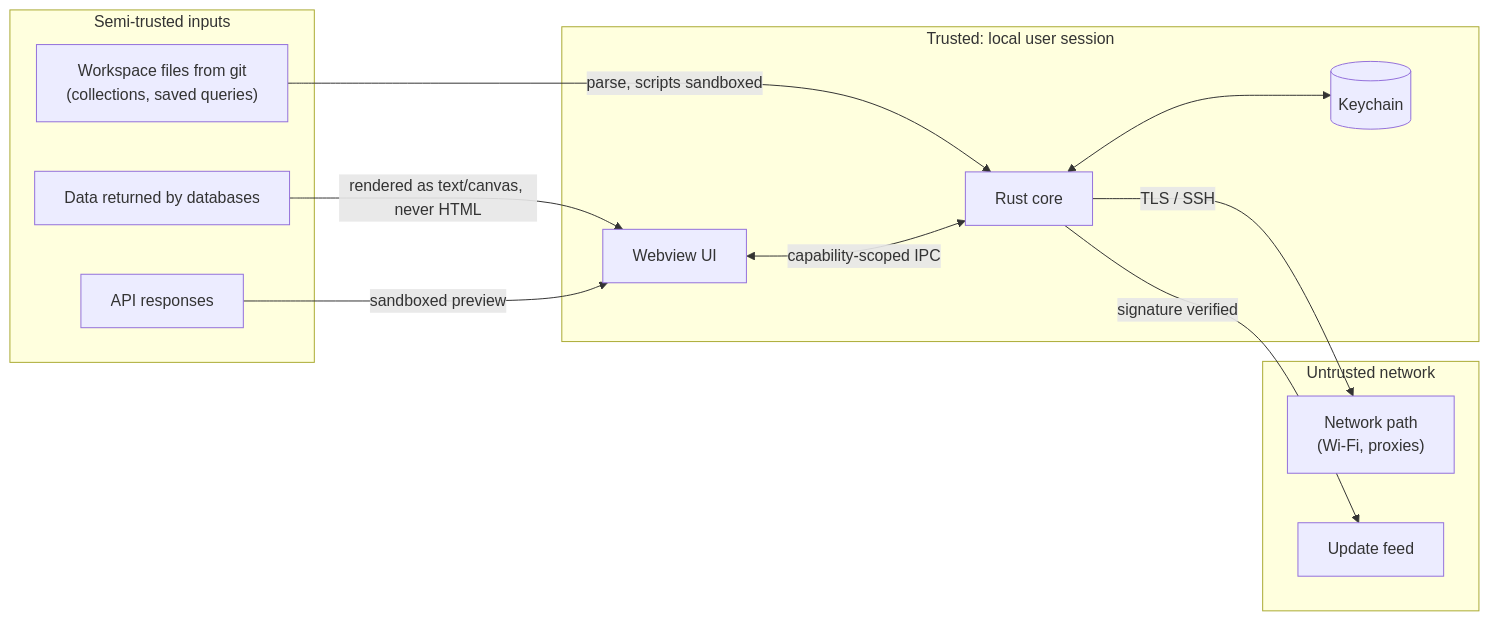
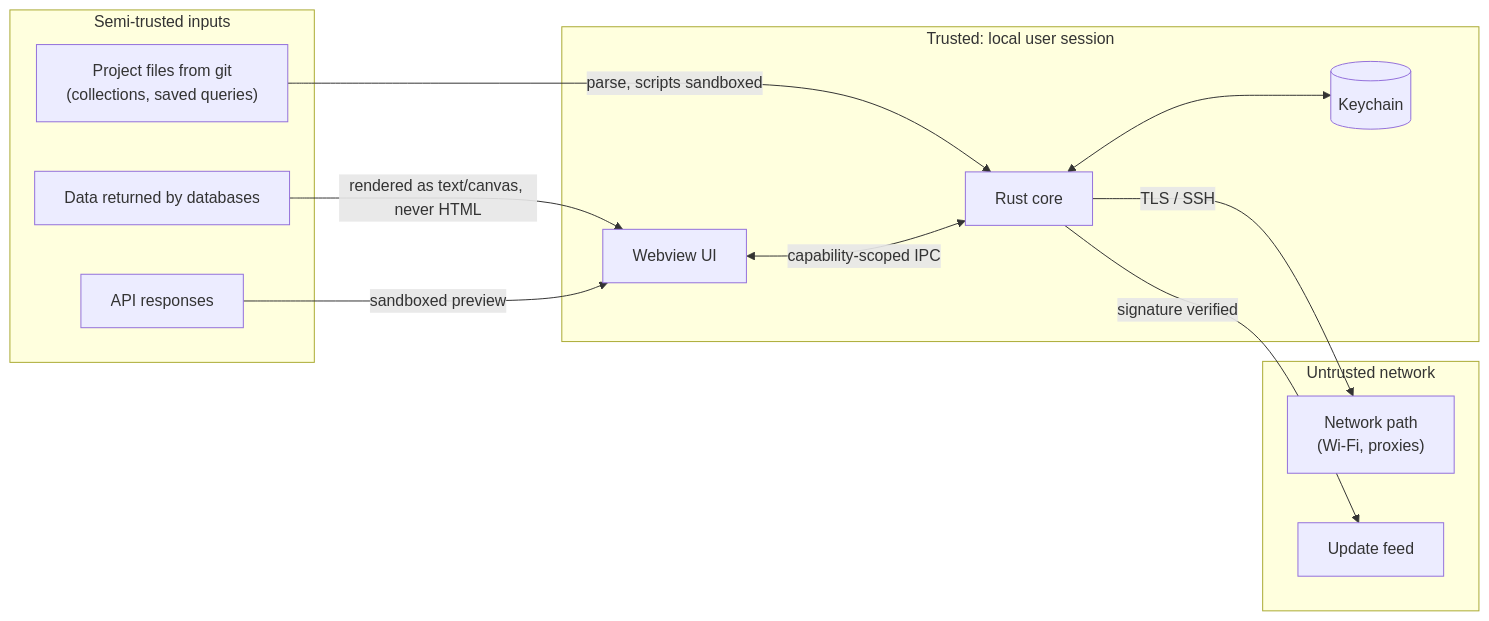
The first of 2 diagrams in docs/12-security.md (theetaz/open-rows), drawn with Mermaid before and after one commit. The commit also changed other lines of this file and 112 other files, not shown here.

````diff
--- a/docs/12-security.md
+++ b/docs/12-security.md
@@ -18,24 +18,24 @@
 ```mermaid
 flowchart LR
     subgraph trust_local["Trusted: local user session"]
         UI["Webview UI"]
         Core["Rust core"]
         KC[("Keychain")]
     end
     subgraph semi["Semi-trusted inputs"]
-        WSF["Workspace files from git<br/>(collections, saved queries)"]
+        WSF["Project files from git<br/>(collections, saved queries)"]
         DBData["Data returned by databases"]
         APIResp["API responses"]
     end
     subgraph untrusted["Untrusted network"]
         Net["Network path<br/>(Wi-Fi, proxies)"]
         Upd["Update feed"]
     end
     WSF -->|parse, scripts sandboxed| Core
     DBData -->|rendered as text/canvas, never HTML| UI
     APIResp -->|sandboxed preview| UI
     Core -->|TLS / SSH| Net
     Core -->|signature verified| Upd
     Core <--> KC
     UI <-->|capability-scoped IPC| Core
 ```
````
